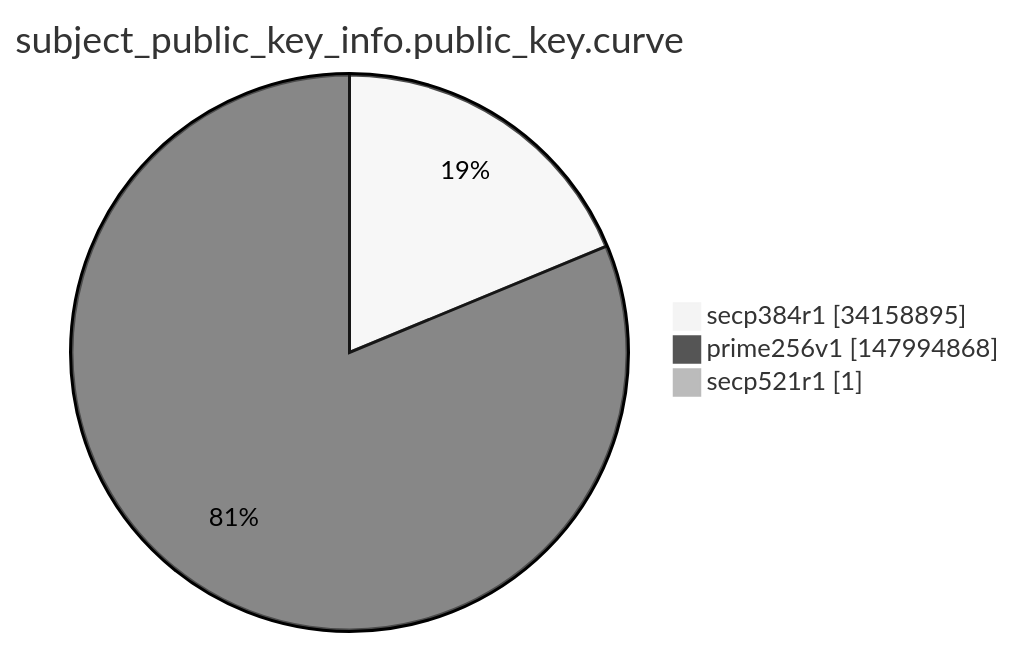
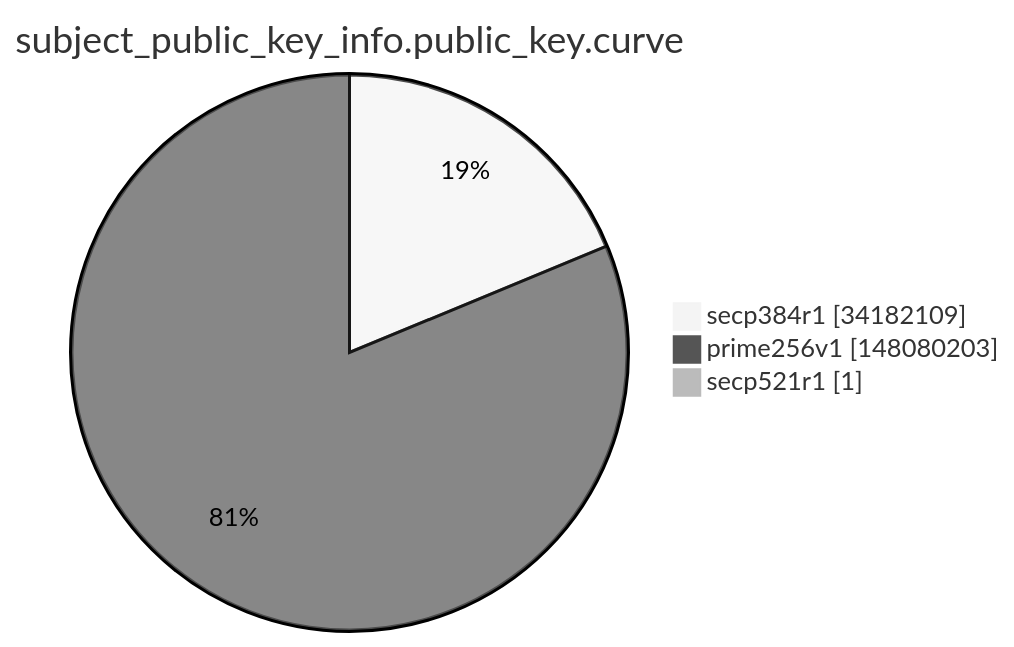
Before and after one commit to christiankrug/ctmonitor_visualization: the ninth of 15 diagrams in argon2022/README.md, drawn with Mermaid (neutral theme). The commit also changed other lines of this file, not shown here.

````diff
--- a/argon2022/README.md
+++ b/argon2022/README.md
@@ -2764,7 +2764,7 @@
 ```mermaid
 pie showData
 title subject_public_key_info.public_key.curve
-"secp384r1" :34158895
-"prime256v1" :147994868
+"secp384r1" :34182109
+"prime256v1" :148080203
 "secp521r1" :1
 ```
````
